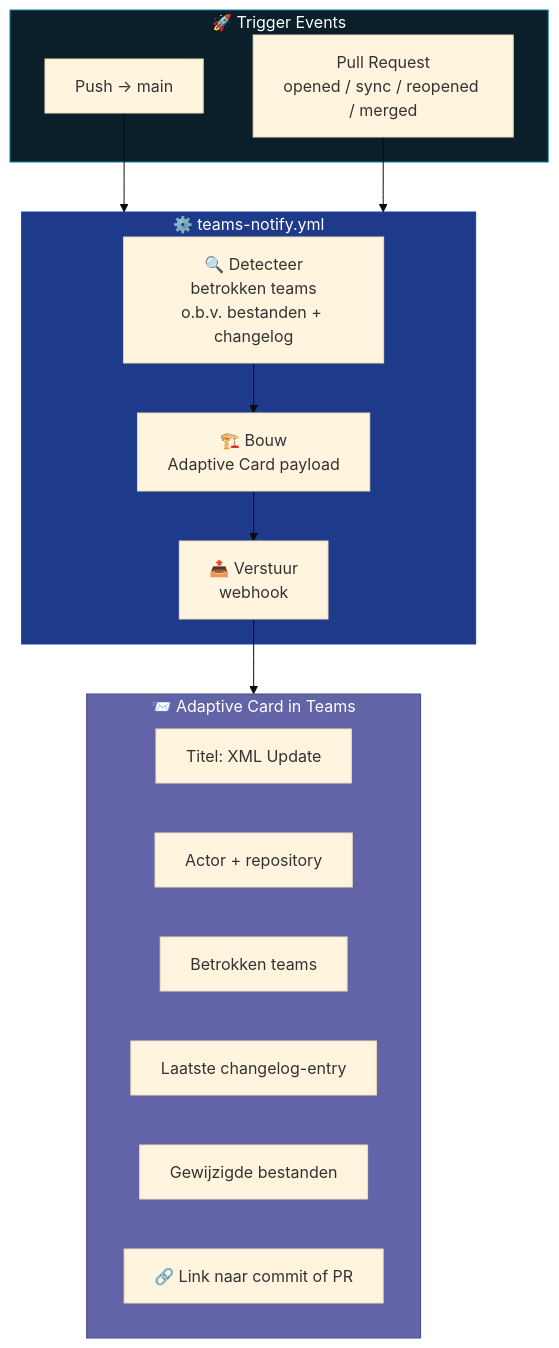
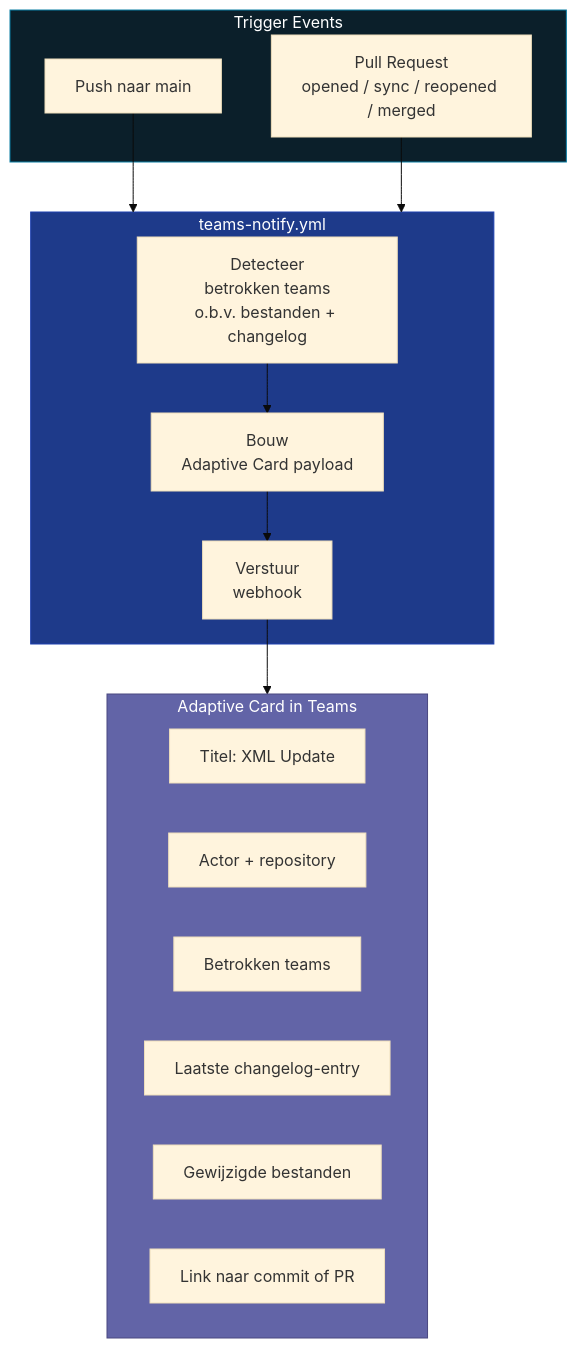
One commit to IntegrationProject-Groep1/xml-xsd-contract changed the fifth of 5 diagrams in README.md. Above: the diagram before and after it, drawn with Mermaid (base theme). The commit also changed other lines of this file and 10 other files, not shown here.

````diff
--- a/README.md
+++ b/README.md
@@ -519,31 +481,31 @@
 ```mermaid
 flowchart TB
-    subgraph TRIGGER["🚀 Trigger Events"]
-        PUSH["Push → main"]
+    subgraph TRIGGER["Trigger Events"]
+        PUSH["Push naar main"]
         PR["Pull Request<br/>opened / sync / reopened / merged"]
     end
 
-    subgraph WORKFLOW["⚙️  teams-notify.yml"]
-        DETECT["🔍 Detecteer<br/>betrokken teams<br/>o.b.v. bestanden + changelog"]
-        BUILD["🏗️  Bouw<br/>Adaptive Card payload"]
-        SEND["📤 Verstuur<br/>webhook"]
+    subgraph WORKFLOW["teams-notify.yml"]
+        DETECT["Detecteer<br/>betrokken teams<br/>o.b.v. bestanden + changelog"]
+        BUILD["Bouw<br/>Adaptive Card payload"]
+        SEND["Verstuur<br/>webhook"]
     end
 
-    subgraph CARD["📨 Adaptive Card in Teams"]
+    subgraph CARD["Adaptive Card in Teams"]
         TITLE["Titel: XML Update"]
         ACTOR["Actor + repository"]
         TEAMS_LIST["Betrokken teams"]
         CHANGELOG_ENTRY["Laatste changelog-entry"]
         FILES["Gewijzigde bestanden"]
-        LINK["🔗 Link naar commit of PR"]
+        LINK["Link naar commit of PR"]
     end
 
     PUSH --> WORKFLOW
     PR   --> WORKFLOW
     DETECT --> BUILD --> SEND
     SEND --> CARD
 
     style TRIGGER  fill:#0b1f2a,color:#fff,stroke:#0a7ea4
     style WORKFLOW fill:#1e3a8a,color:#fff,stroke:#1e40af
     style CARD     fill:#6264a7,color:#fff,stroke:#4a4880
 ```
````
